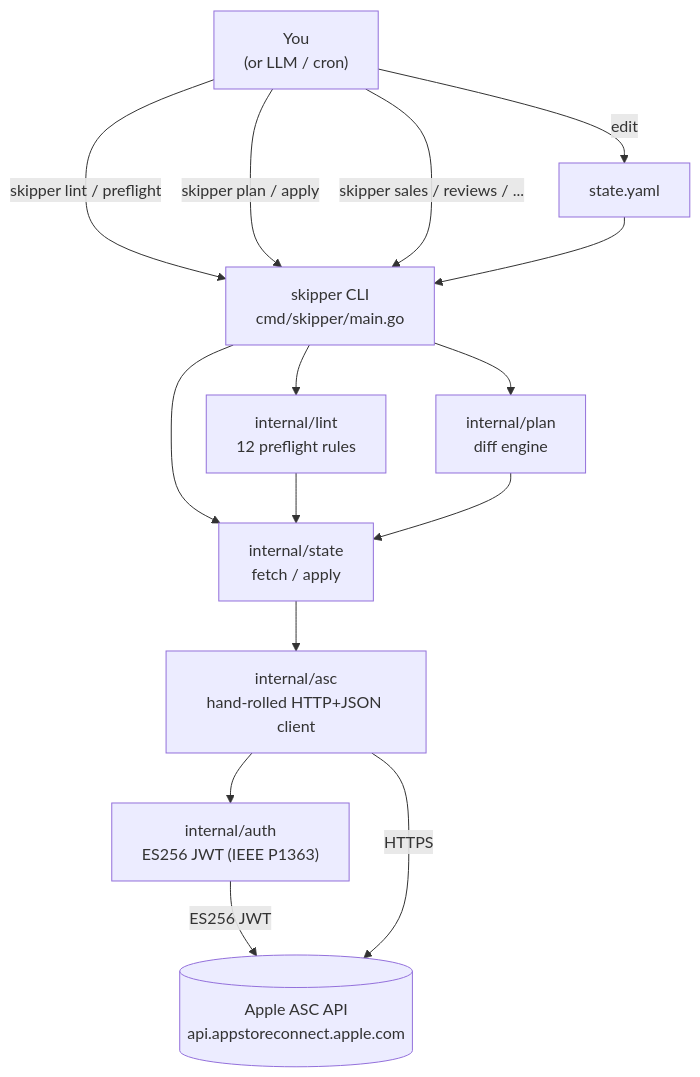
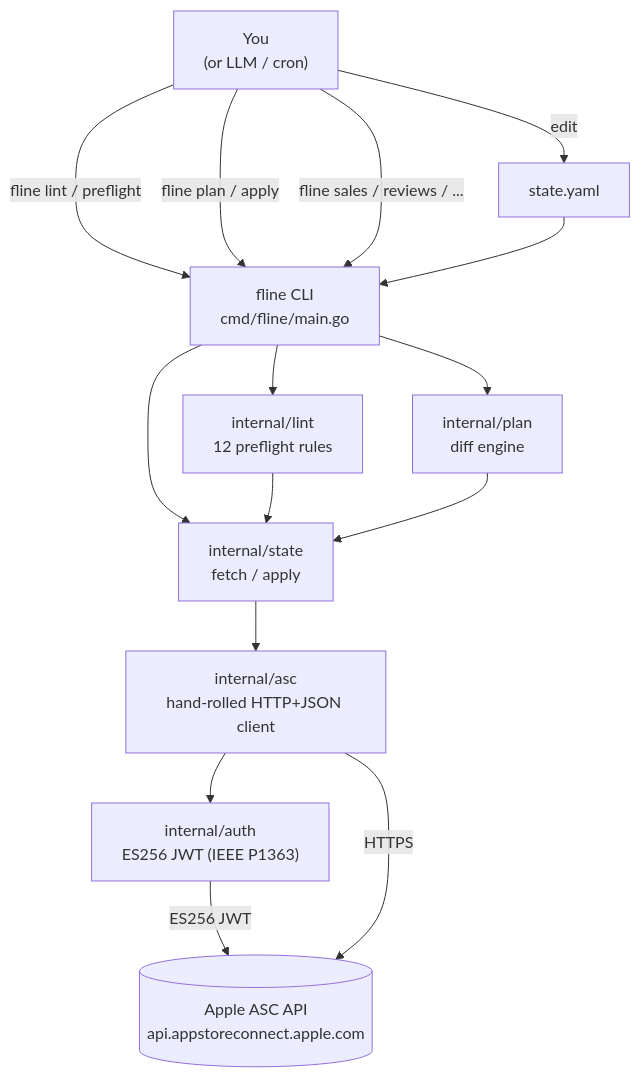
Before and after one commit to ul0gic/flightline: the first of 2 diagrams in README.md, drawn with Mermaid. The commit also changed other lines of this file and 225 other files, not shown here.

````diff
--- a/README.md
+++ b/README.md
@@ -93,27 +114,27 @@
 ```mermaid
 flowchart TB
     User["You\n(or LLM / cron)"]
     YAML["state.yaml"]
-    CLI["skipper CLI\ncmd/skipper/main.go"]
+    CLI["fline CLI\ncmd/fline/main.go"]
     Lint["internal/lint\n12 preflight rules"]
     Plan["internal/plan\ndiff engine"]
     State["internal/state\nfetch / apply"]
     ASC["internal/asc\nhand-rolled HTTP+JSON client"]
     Auth["internal/auth\nES256 JWT (IEEE P1363)"]
     Apple[("Apple ASC API\napi.appstoreconnect.apple.com")]
 
     User -->|"edit"| YAML
-    User -->|"skipper lint / preflight"| CLI
-    User -->|"skipper plan / apply"| CLI
-    User -->|"skipper sales / reviews / ..."| CLI
+    User -->|"fline lint / preflight"| CLI
+    User -->|"fline plan / apply"| CLI
+    User -->|"fline sales / reviews / ..."| CLI
     YAML --> CLI
     CLI --> Lint
     CLI --> Plan
     CLI --> State
     Lint --> State
     Plan --> State
     State --> ASC
     ASC --> Auth
     Auth -->|"ES256 JWT"| Apple
     ASC -->|"HTTPS"| Apple
 ```
````
